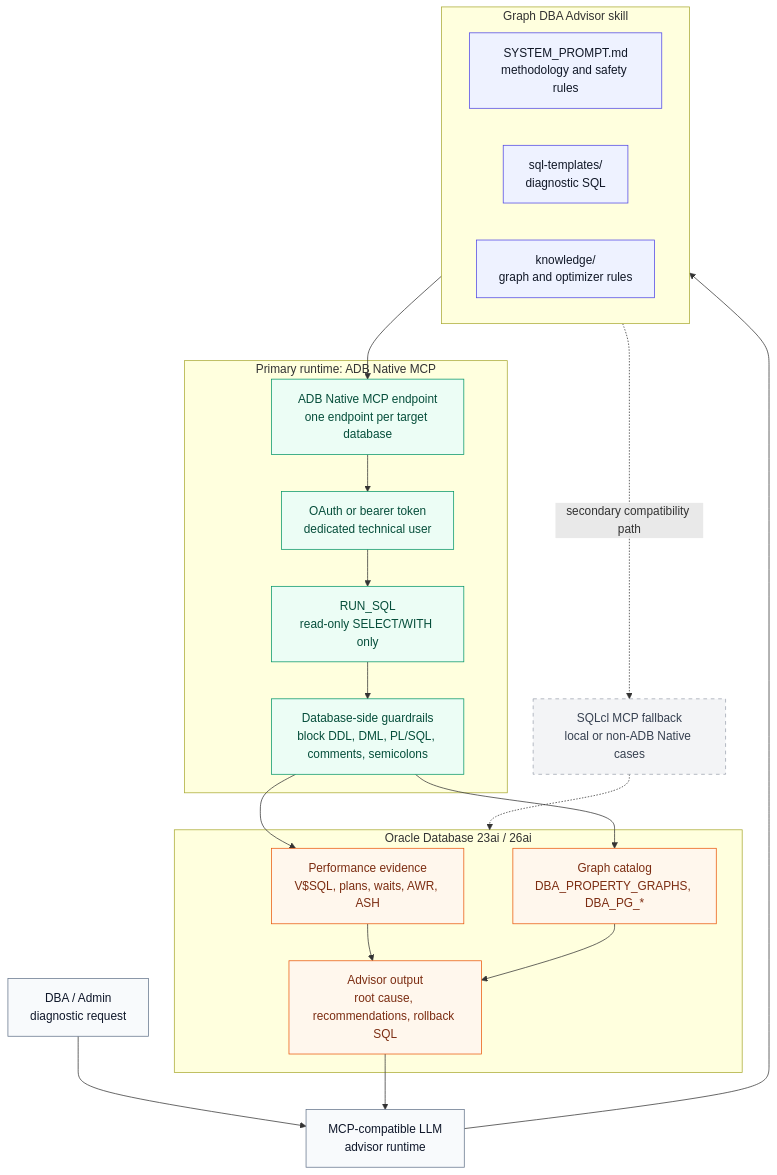
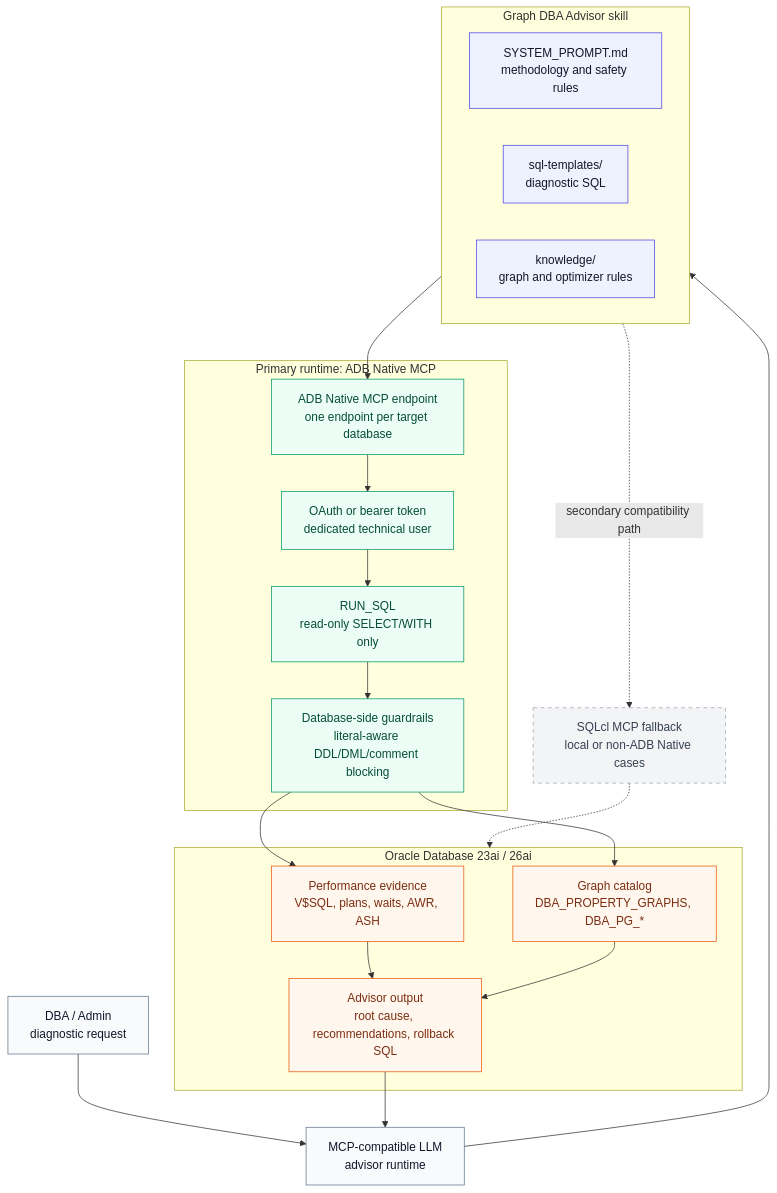
Before and after one commit to Diegoecab/oracle-graph-dba-advisor: the diagram in README.md, drawn with Mermaid. The commit also changed other lines of this file and 5 other files, not shown here.

Commit message:
Make RUN_SQL blocklist literal-aware

````diff
--- a/README.md
+++ b/README.md
@@ -46,53 +46,53 @@
 ```mermaid
 flowchart TB
     user["DBA / Admin<br/>diagnostic request"]
     llm["MCP-compatible LLM<br/>advisor runtime"]
 
     subgraph skill["Graph DBA Advisor skill"]
         prompt["SYSTEM_PROMPT.md<br/>methodology and safety rules"]
         templates["sql-templates/<br/>diagnostic SQL"]
         knowledge["knowledge/<br/>graph and optimizer rules"]
     end
 
     subgraph runtime["Primary runtime: ADB Native MCP"]
         endpoint["ADB Native MCP endpoint<br/>one endpoint per target database"]
         auth["OAuth or bearer token<br/>dedicated technical user"]
         tool["RUN_SQL<br/>read-only SELECT/WITH only"]
-        guardrails["Database-side guardrails<br/>block DDL, DML, PL/SQL, comments, semicolons"]
+        guardrails["Database-side guardrails<br/>literal-aware DDL/DML/comment blocking"]
     end
 
     subgraph database["Oracle Database 23ai / 26ai"]
         perf["Performance evidence<br/>V$SQL, plans, waits, AWR, ASH"]
         catalog["Graph catalog<br/>DBA_PROPERTY_GRAPHS, DBA_PG_*"]
         output["Advisor output<br/>root cause, recommendations, rollback SQL"]
     end
 
     fallback["SQLcl MCP fallback<br/>local or non-ADB Native cases"]
 
     user --> llm
     llm --> skill
     skill --> endpoint
     endpoint --> auth
     auth --> tool
     tool --> guardrails
     guardrails --> perf
     guardrails --> catalog
     perf --> output
     catalog --> output
     output --> llm
 
     skill -. secondary compatibility path .-> fallback
     fallback -.-> database
 
     classDef actor fill:#f8fafc,stroke:#64748b,color:#0f172a;
     classDef skillNode fill:#eef2ff,stroke:#4f46e5,color:#111827;
     classDef runtimeNode fill:#ecfdf5,stroke:#059669,color:#064e3b;
     classDef dbNode fill:#fff7ed,stroke:#ea580c,color:#7c2d12;
     classDef fallbackNode fill:#f3f4f6,stroke:#9ca3af,color:#374151,stroke-dasharray: 5 5;
 
     class user,llm actor;
     class prompt,templates,knowledge skillNode;
     class endpoint,auth,tool,guardrails runtimeNode;
     class perf,catalog,output dbNode;
     class fallback fallbackNode;
 ```
````
